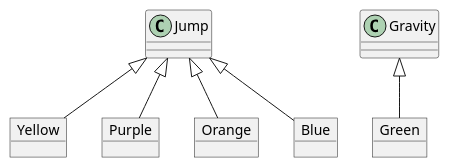
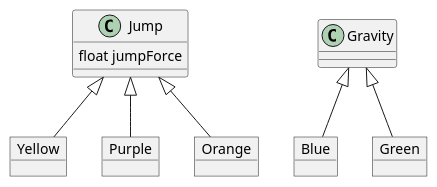
One commit to Roboolet/DomainDecompositionUML changed the diagram in masterfile.plantuml. Above: the diagram before and after it, drawn with PlantUML.

Commit message:
version 2.0 fixed placement of blue orb and added float

```diff
--- a/masterfile.plantuml
+++ b/masterfile.plantuml
@@ -1,31 +1,31 @@
 @startuml Geometry Dash Hierarchy
 'Maarten's Section: Orbs'
 
-
-
-class Jump
-
+class Jump {
+    float jumpForce
+}
 
 class Gravity
-
 
 
 object Yellow
 
 object Purple
 
 object Orange
 
-object Blue
+object Blue 
+
 
 object Green
+
 
 Jump <|-- Yellow
 Jump <|-- Orange
 Jump <|-- Purple
-Jump <|-- Blue
 
+Gravity <|-- Blue
 Gravity <|-- Green
 
 
 @enduml
```
